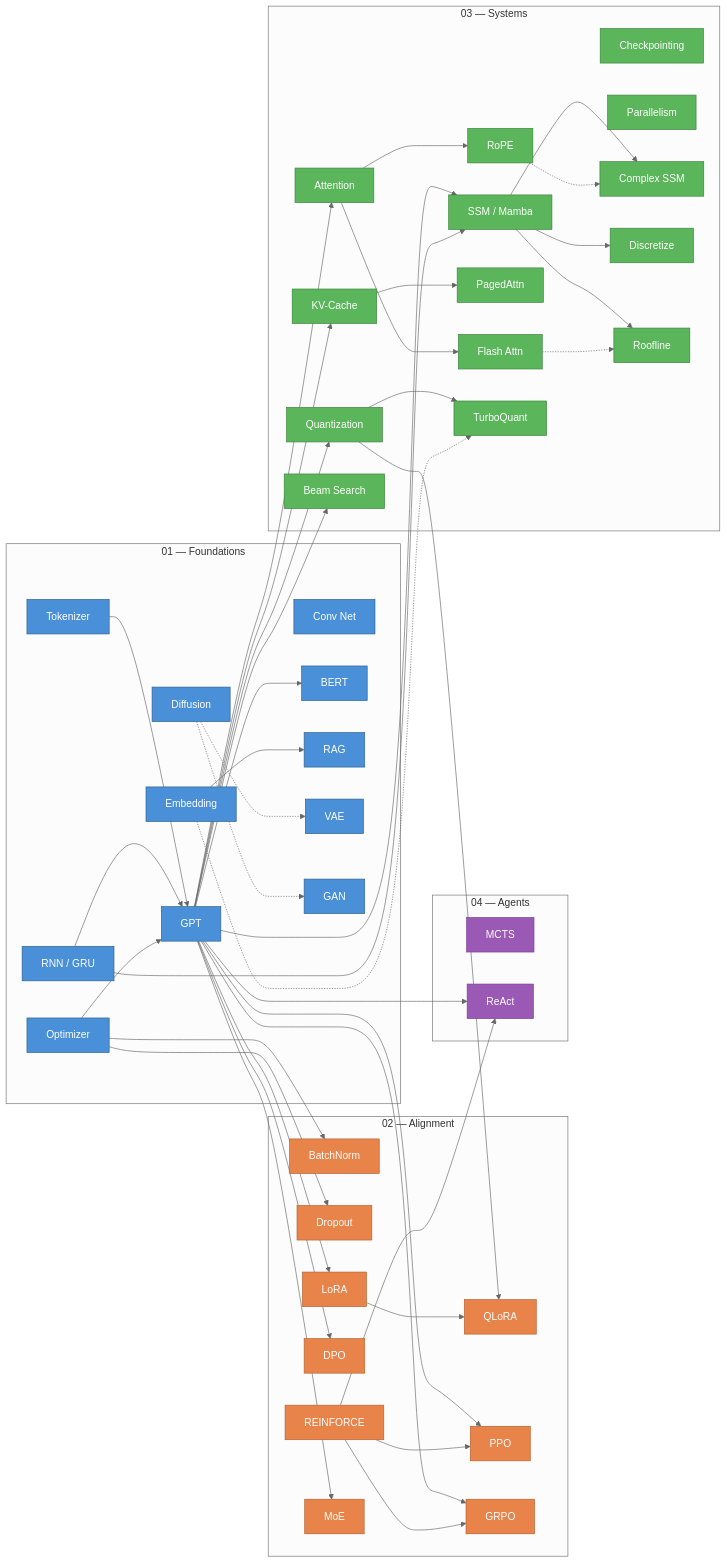
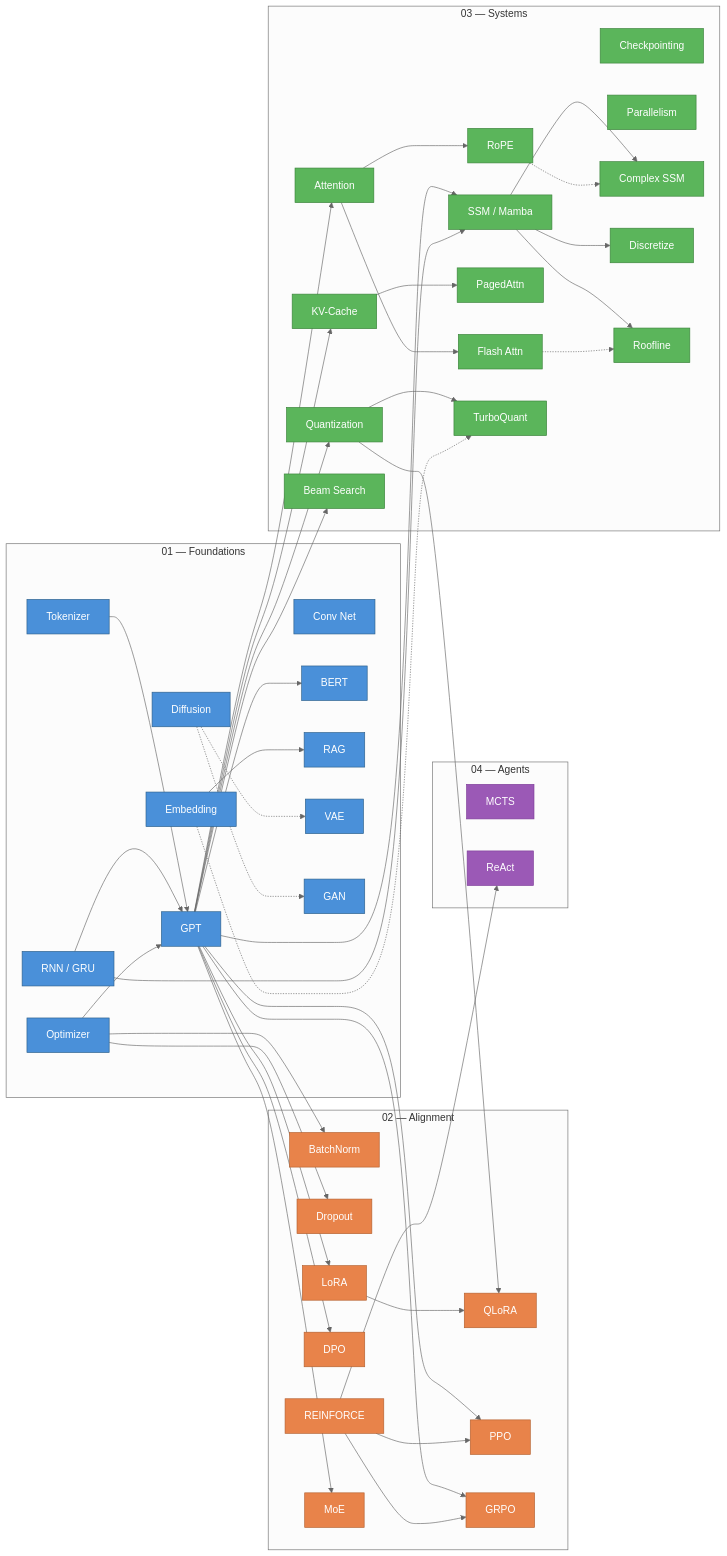
The diagram in README.md (no-magic-ai/no-magic), drawn with Mermaid (neutral theme) before and after one commit. The commit also changed 1 other file, not shown here.

Commit message:
docs: base ReAct prerequisites on REINFORCE only
Track 7 required the Transformer track and the autograd Value class, and the README dependency graph drew GPT --> ReAct, although microreact trains a two-layer MLP policy with hand-written REINFORCE gradients and uses neither a language model nor Value. The prerequisite now names only microreinforce (and notes micromcts needs none), and the GPT --> ReAct edge is removed; REINFORCE --> ReAct and all other graph nodes, edges and styles are unchanged.

Stack-Id: m1-core-20261006
Stack-Position: 1/1

```diff
--- a/README.md
+++ b/README.md
@@ -505,7 +505,6 @@
 
   %% --- Foundations / Alignment → Agents ---
   REINF --> REACT
-  GPT --> REACT
 
   %% --- Apply styles ---
   class TOK,EMB,OPT,RNN,CONV,GPT,BERT,RAG,DIFF,VAE,GAN foundations
```
